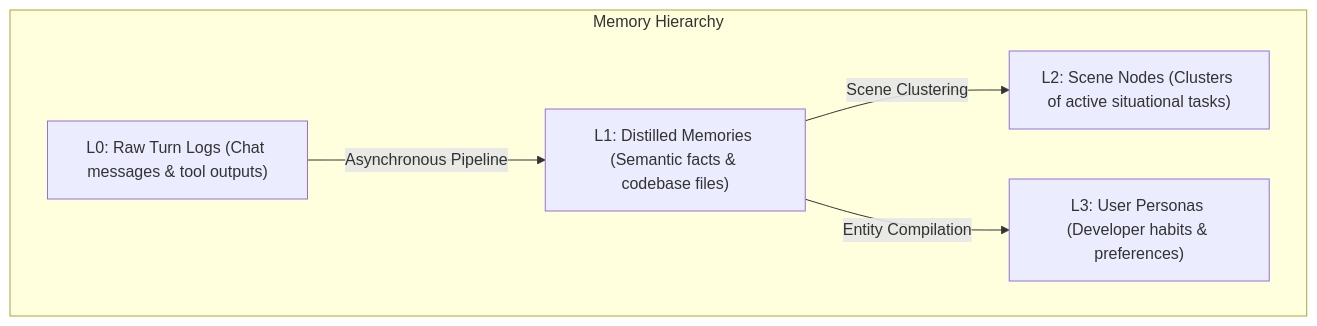
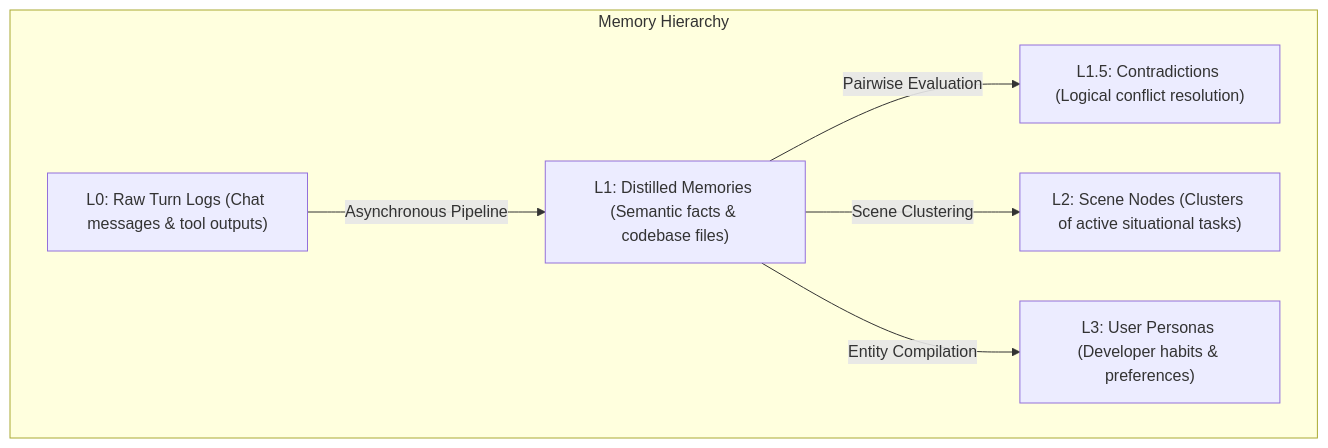
One commit to kinqsradiollc/BrainRouter changed the third of 4 diagrams in PRESENTATION.md. Above: the diagram before and after it, drawn with Mermaid. The commit also changed other lines of this file and 1 other file, not shown here.

Commit message:
docs: remove database schema section and update missing memory layers in presentation

````diff
--- a/PRESENTATION.md
+++ b/PRESENTATION.md
@@ -82,13 +82,15 @@
 ```mermaid
 graph TD
     subgraph "Memory Hierarchy"
         L0["L0: Raw Turn Logs (Chat messages & tool outputs)"]
         L1["L1: Distilled Memories (Semantic facts & codebase files)"]
+        L1_5["L1.5: Contradictions (Logical conflict resolution)"]
         L2["L2: Scene Nodes (Clusters of active situational tasks)"]
         L3["L3: User Personas (Developer habits & preferences)"]
 
         L0 -->|Asynchronous Pipeline| L1
+        L1 -->|Pairwise Evaluation| L1_5
         L1 -->|Scene Clustering| L2
         L1 -->|Entity Compilation| L3
     end
 ```
````
